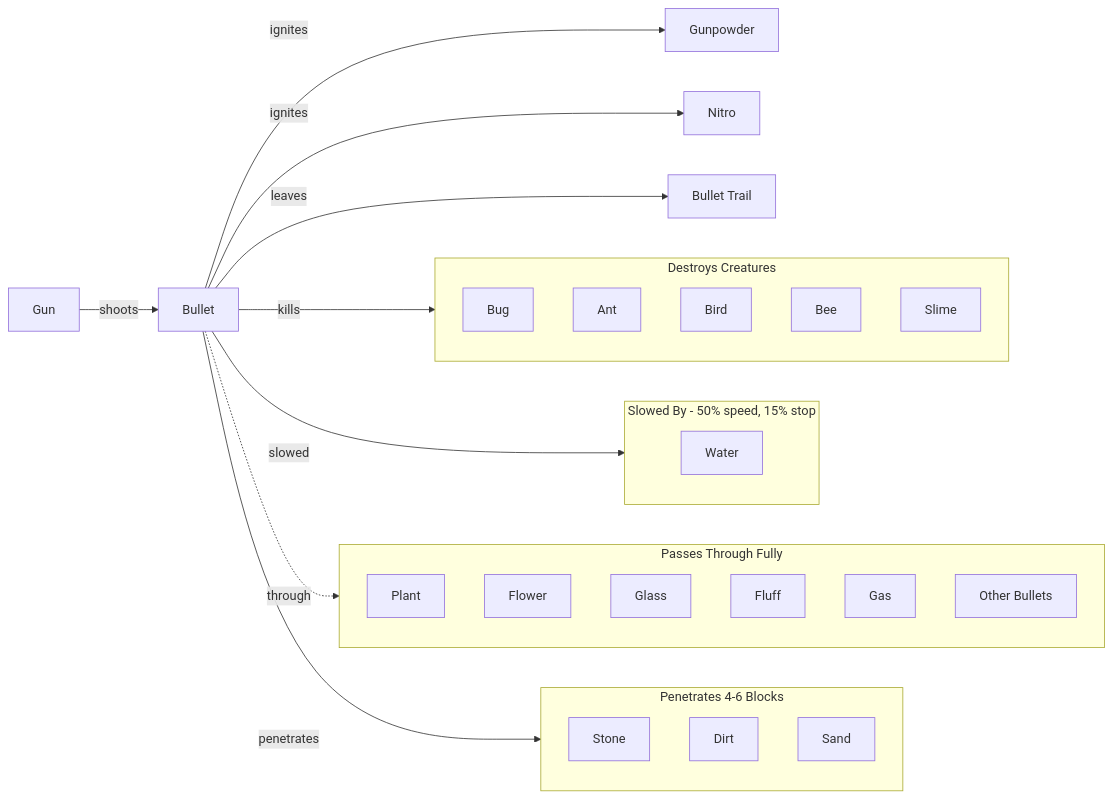
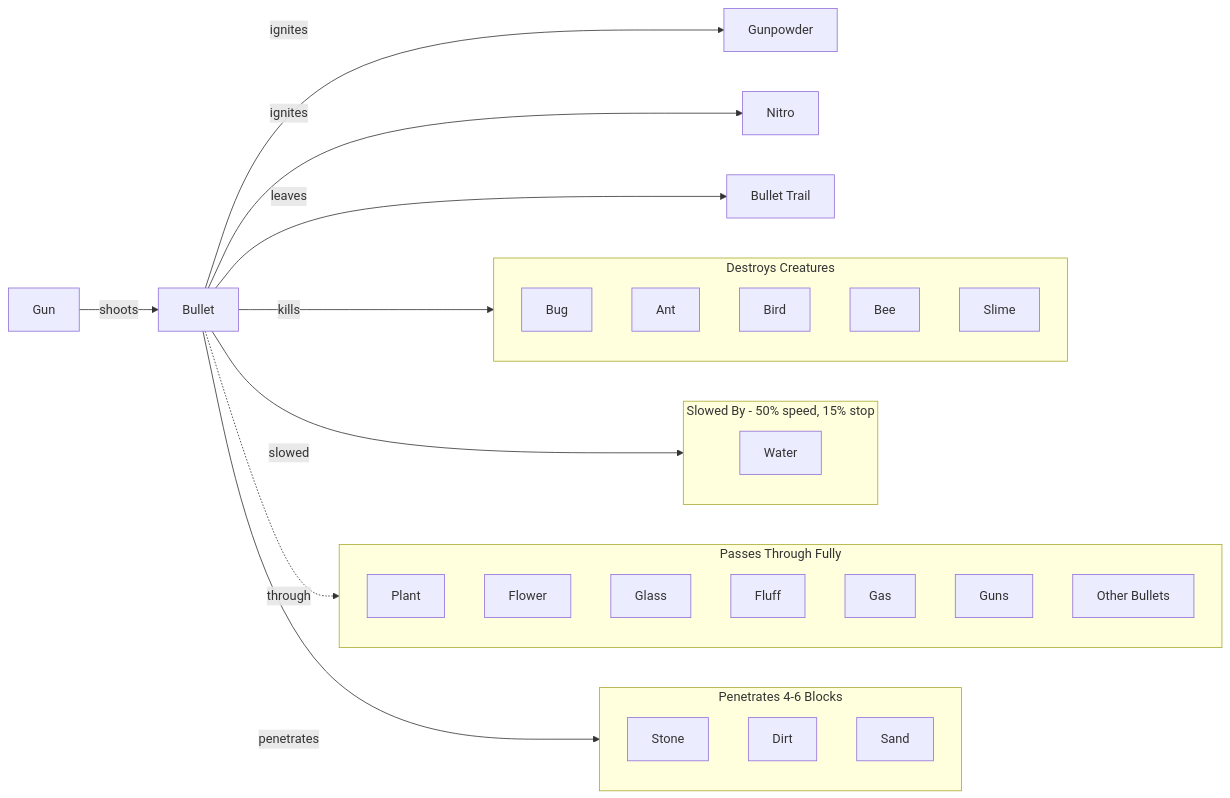
The fifth of 5 diagrams in README.md (VoX/ai-sand-fork), drawn with Mermaid before and after one commit. The commit also changed other lines of this file and 4 other files, not shown here.

````diff
--- a/README.md
+++ b/README.md
@@ -204,39 +204,40 @@
 ```mermaid
 flowchart LR
     Gun[Gun] -->|shoots| Bullet[Bullet]
     Bullet -->|ignites| Gunpowder[Gunpowder]
     Bullet -->|ignites| Nitro[Nitro]
 
     subgraph Destroys[Destroys Creatures]
         Bug[Bug]
         Ant[Ant]
         Bird[Bird]
         Bee[Bee]
         Slime[Slime]
     end
 
     subgraph SlowedBy[Slowed By - 50% speed, 15% stop]
         Water[Water]
     end
 
     subgraph PassThrough[Passes Through Fully]
         Plant[Plant]
         Flower[Flower]
         Glass[Glass]
         Fluff[Fluff]
         Gas[Gas]
+        Guns[Guns]
         OtherBullets[Other Bullets]
     end
 
     subgraph Penetrates[Penetrates 4-6 Blocks]
         Stone[Stone]
         Dirt[Dirt]
         Sand[Sand]
     end
 
     Bullet -->|kills| Destroys
     Bullet -->|slowed| SlowedBy
     Bullet -.->|through| PassThrough
     Bullet -->|penetrates| Penetrates
     Bullet -->|leaves| Trail[Bullet Trail]
 ```
````
